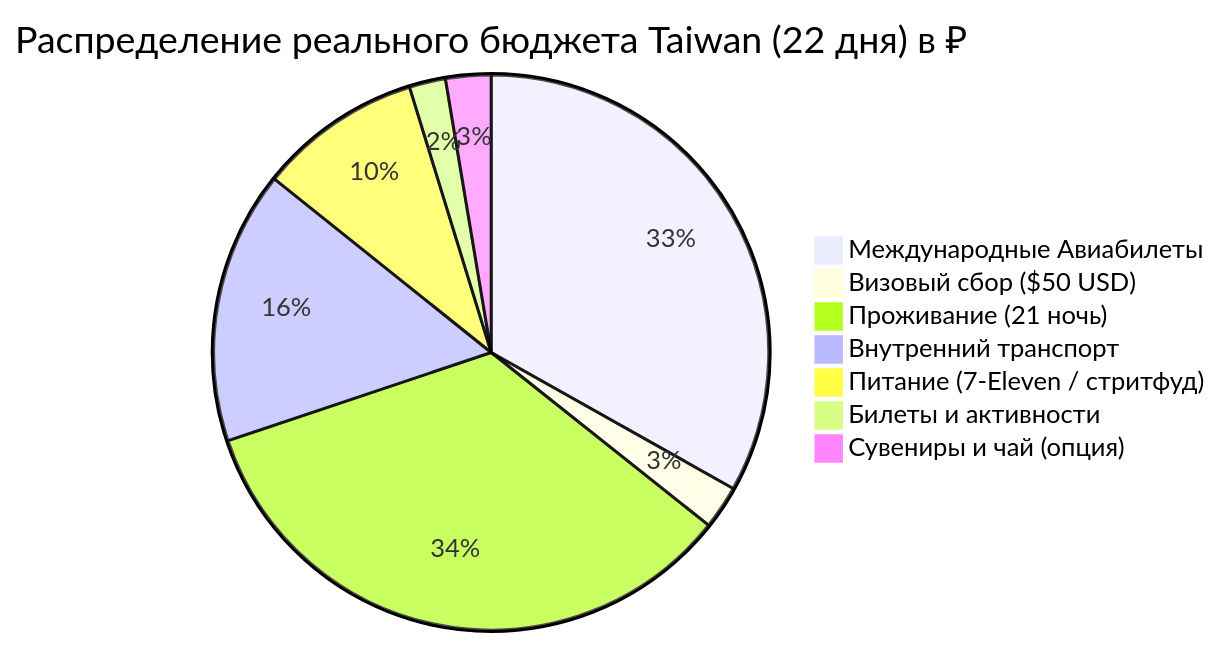
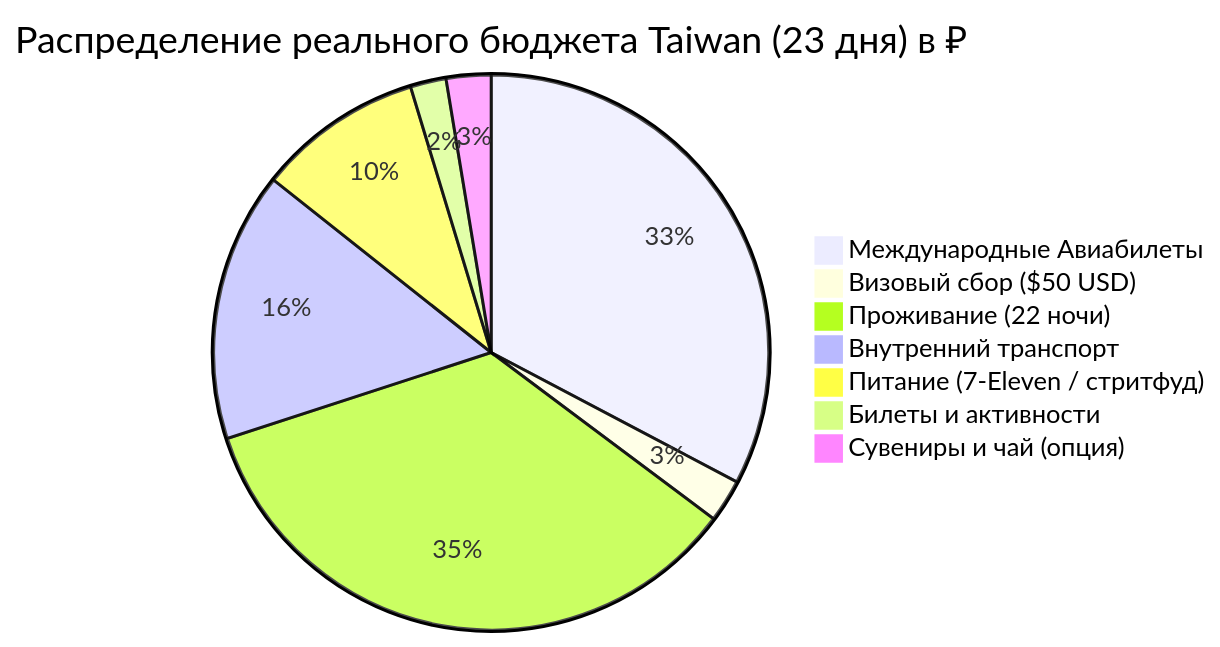
Before and after one commit to injurka/obsidian-mark: the diagram in Personal Note/Travel/-- Taiwan/04 - Финансы/Финансы.md, drawn with Mermaid. The commit also changed other lines of this file and 143 other files, not shown here.

````diff
--- a/Personal Note/Travel/-- Taiwan/04 - Финансы/Финансы.md
+++ b/Personal Note/Travel/-- Taiwan/04 - Финансы/Финансы.md
@@ -12,10 +12,10 @@
 ```mermaid
-pie title Распределение реального бюджета Taiwan (22 дня) в ₽
+pie title Распределение реального бюджета Taiwan (23 дня) в ₽
     "Международные Авиабилеты" : 62793
     "Визовый сбор ($50 USD)" : 4800
-    "Проживание (21 ночь)" : 64721
+    "Проживание (22 ночи)" : 66730
     "Внутренний транспорт" : 30100
-    "Питание (7-Eleven / стритфуд)" : 18000
+    "Питание (7-Eleven / стритфуд)" : 18500
     "Билеты и активности" : 4000
     "Сувениры и чай (опция)" : 5000
 ```
````
